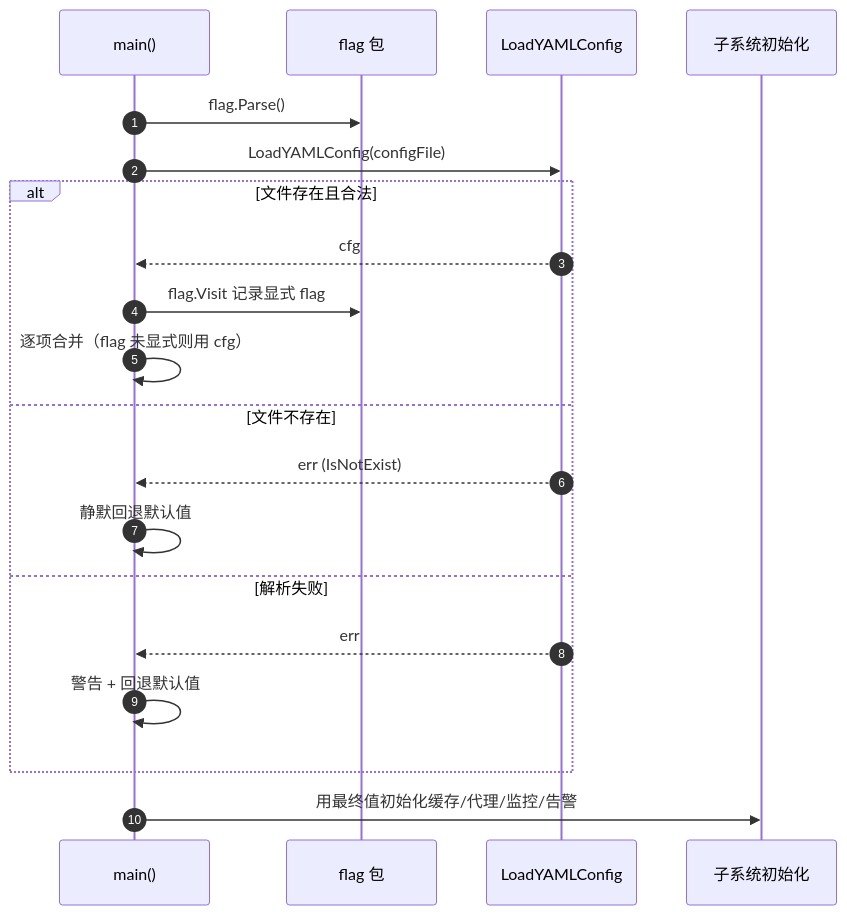
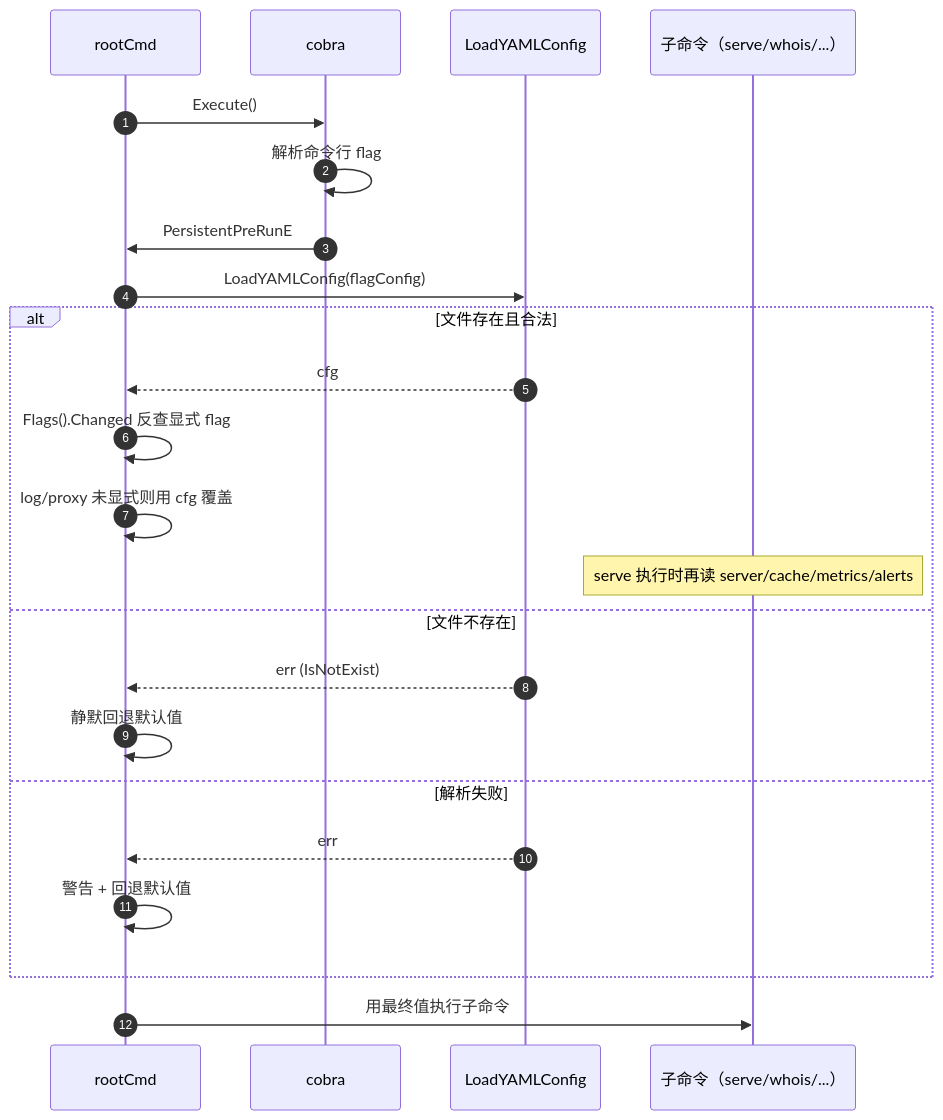
Before and after one commit to cyberspacesec/whois-skills: the first of 2 diagrams in website/cli/config-file.md, drawn with Mermaid. The commit also changed other lines of this file and 21 other files, not shown here.

````diff
--- a/website/cli/config-file.md
+++ b/website/cli/config-file.md
@@ -19,23 +24,26 @@
 ```mermaid
 sequenceDiagram
     autonumber
-    participant Main as main()
-    participant Flag as flag 包
+    participant Root as rootCmd
+    participant Cobra as cobra
     participant YAML as LoadYAMLConfig
-    participant Sub as 子系统初始化
+    participant Sub as 子命令（serve/whois/...）
 
-    Main->>Flag: flag.Parse()
-    Main->>YAML: LoadYAMLConfig(configFile)
+    Root->>Cobra: Execute()
+    Cobra->>Cobra: 解析命令行 flag
+    Cobra->>Root: PersistentPreRunE
+    Root->>YAML: LoadYAMLConfig(flagConfig)
     alt 文件存在且合法
-        YAML-->>Main: cfg
-        Main->>Flag: flag.Visit 记录显式 flag
-        Main->>Main: 逐项合并（flag 未显式则用 cfg）
+        YAML-->>Root: cfg
+        Root->>Root: Flags().Changed 反查显式 flag
+        Root->>Root: log/proxy 未显式则用 cfg 覆盖
+        Note over Sub: serve 执行时再读 server/cache/metrics/alerts
     else 文件不存在
-        YAML-->>Main: err (IsNotExist)
-        Main->>Main: 静默回退默认值
+        YAML-->>Root: err (IsNotExist)
+        Root->>Root: 静默回退默认值
     else 解析失败
-        YAML-->>Main: err
-        Main->>Main: 警告 + 回退默认值
+        YAML-->>Root: err
+        Root->>Root: 警告 + 回退默认值
     end
-    Main->>Sub: 用最终值初始化缓存/代理/监控/告警
+    Root->>Sub: 用最终值执行子命令
 ```
````
